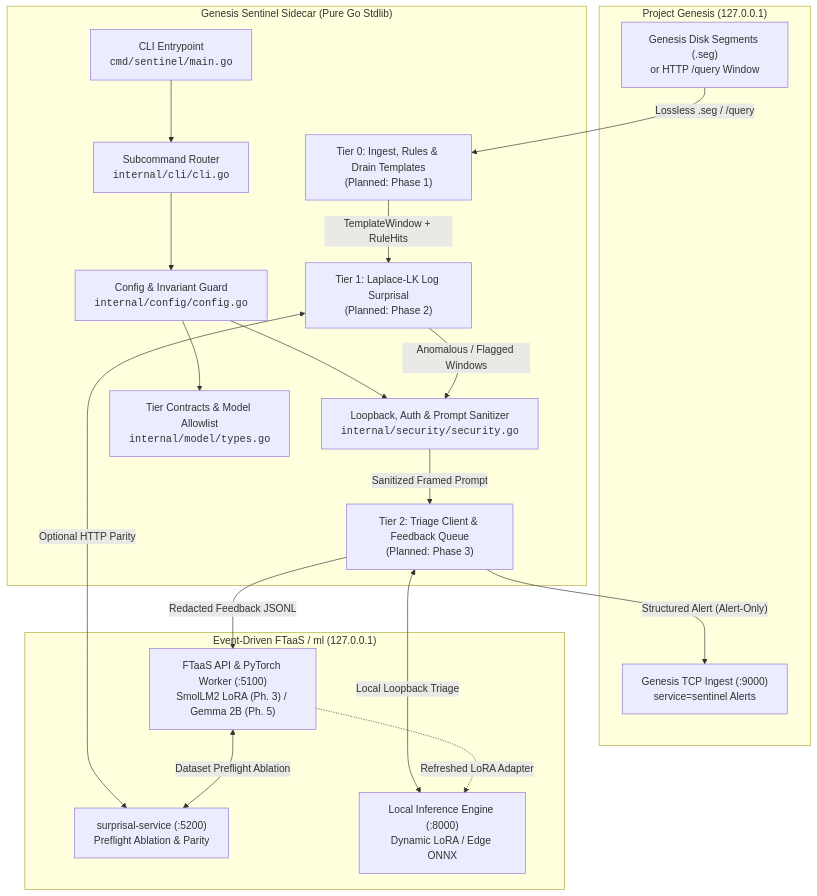
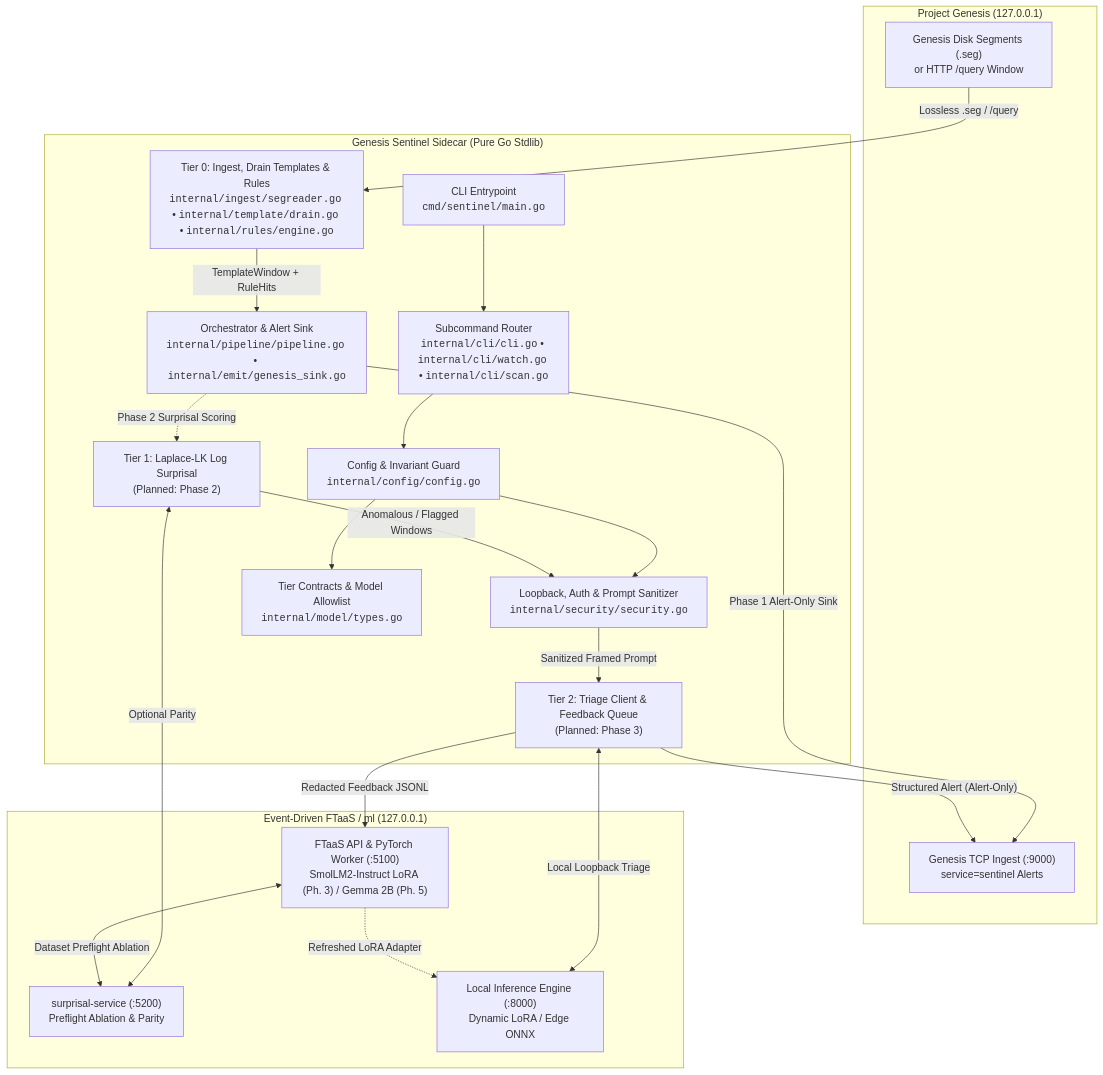
One commit to knowthankyew/genesis-sentinel changed the first of 2 diagrams in docs/ARCHITECTURE.md. Above: the diagram before and after it, drawn with Mermaid. The commit also changed other lines of this file and 23 other files, not shown here.

Commit message:
feat: implement Phase 1 Genesis bridge, Tier 0 Drain templates, rules, alert sink, and CLI

````diff
--- a/docs/ARCHITECTURE.md
+++ b/docs/ARCHITECTURE.md
@@ -15,37 +15,40 @@
 ```mermaid
 flowchart TD
     subgraph GenesisHost["Project Genesis (127.0.0.1)"]
         Segs["Genesis Disk Segments (.seg)<br/>or HTTP /query Window"]
         GenSink["Genesis TCP Ingest (:9000)<br/>service=sentinel Alerts"]
     end
 
     subgraph SentinelCore["Genesis Sentinel Sidecar (Pure Go Stdlib)"]
         Entry["CLI Entrypoint<br/><code>cmd/sentinel/main.go</code>"]
-        CLI["Subcommand Router<br/><code>internal/cli/cli.go</code>"]
+        CLI["Subcommand Router<br/><code>internal/cli/cli.go</code> &bull; <code>internal/cli/watch.go</code> &bull; <code>internal/cli/scan.go</code>"]
         Cfg["Config & Invariant Guard<br/><code>internal/config/config.go</code>"]
         Sec["Loopback, Auth & Prompt Sanitizer<br/><code>internal/security/security.go</code>"]
         Types["Tier Contracts & Model Allowlist<br/><code>internal/model/types.go</code>"]
-        T0["Tier 0: Ingest, Rules & Drain Templates<br/>(Planned: Phase 1)"]
+        T0["Tier 0: Ingest, Drain Templates & Rules<br/><code>internal/ingest/segreader.go</code> &bull; <code>internal/template/drain.go</code> &bull; <code>internal/rules/engine.go</code>"]
+        Pipe["Orchestrator & Alert Sink<br/><code>internal/pipeline/pipeline.go</code> &bull; <code>internal/emit/genesis_sink.go</code>"]
         T1["Tier 1: Laplace-LK Log Surprisal<br/>(Planned: Phase 2)"]
         T2["Tier 2: Triage Client & Feedback Queue<br/>(Planned: Phase 3)"]
     end
 
     subgraph MLHost["Event-Driven FTaaS / ml (127.0.0.1)"]
         SurpSvc["surprisal-service (:5200)<br/>Preflight Ablation & Parity"]
-        FTaaS["FTaaS API & PyTorch Worker (:5100)<br/>SmolLM2 LoRA (Ph. 3) / Gemma 2B (Ph. 5)"]
+        FTaaS["FTaaS API & PyTorch Worker (:5100)<br/>SmolLM2-Instruct LoRA (Ph. 3) / Gemma 2B (Ph. 5)"]
         Infer["Local Inference Engine (:8000)<br/>Dynamic LoRA / Edge ONNX"]
     end
 
     Entry --> CLI --> Cfg --> Sec
     Cfg --> Types
     Segs -->|"Lossless .seg / /query"| T0
-    T0 -->|"TemplateWindow + RuleHits"| T1
-    T1 <-->|"Optional HTTP Parity"| SurpSvc
+    T0 -->|"TemplateWindow + RuleHits"| Pipe
+    Pipe -->|"Phase 1 Alert-Only Sink"| GenSink
+    Pipe -.->|"Phase 2 Surprisal Scoring"| T1
+    T1 <-->|"Optional Parity"| SurpSvc
     T1 -->|"Anomalous / Flagged Windows"| Sec
     Sec -->|"Sanitized Framed Prompt"| T2
     T2 <-->|"Local Loopback Triage"| Infer
     T2 -->|"Structured Alert (Alert-Only)"| GenSink
     T2 -->|"Redacted Feedback JSONL"| FTaaS
     FTaaS <-->|"Dataset Preflight Ablation"| SurpSvc
     FTaaS -.->|"Refreshed LoRA Adapter"| Infer
 ```
````
